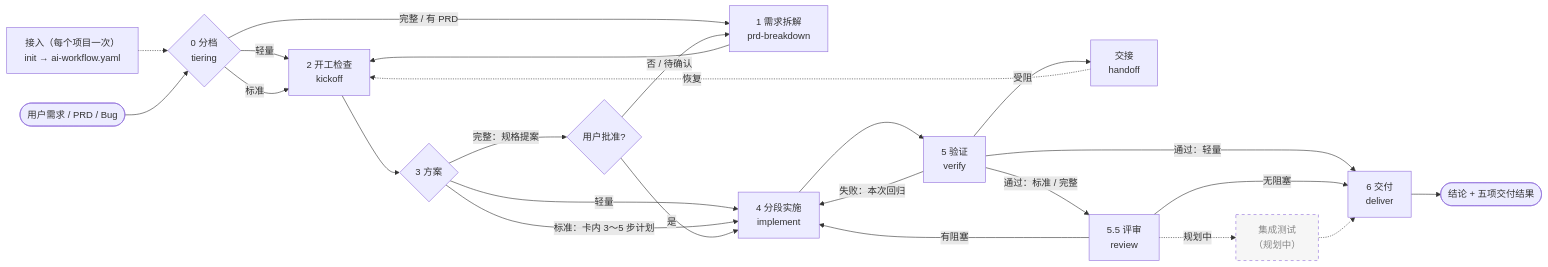
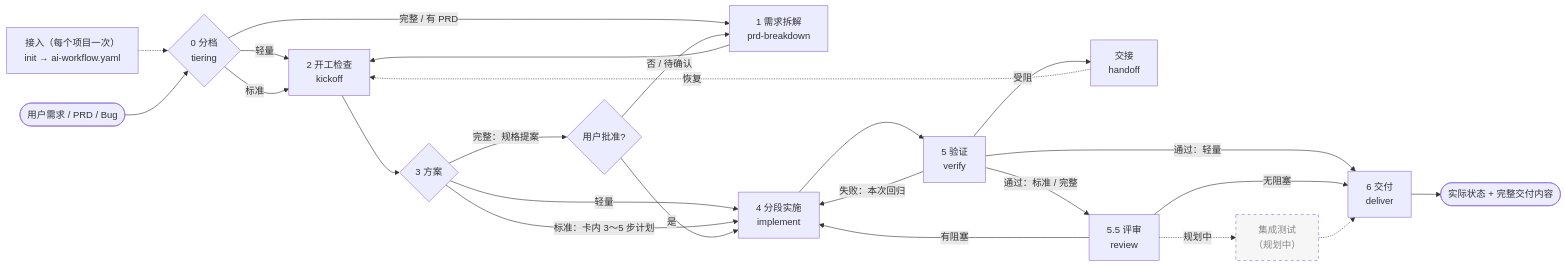
The second of 8 diagrams in README.md (lvzhiyi/randian-ai-workflow-native), drawn with Mermaid before and after one commit. The commit also changed other lines of this file and 53 other files, not shown here.

````diff
--- a/README.md
+++ b/README.md
@@ -73,29 +73,29 @@
 ```mermaid
 flowchart LR
     INIT["接入（每个项目一次）<br/>init → ai-workflow.yaml"] -.-> T
     IN([用户需求 / PRD / Bug]) --> T{"0 分档<br/>tiering"}
     T -->|轻量| K
     T -->|标准| K
     T -->|完整 / 有 PRD| R["1 需求拆解<br/>prd-breakdown"]
     R --> K["2 开工检查<br/>kickoff"]
     K --> PL{"3 方案"}
     PL -->|轻量| IM
     PL -->|标准：卡内 3～5 步计划| IM
     PL -->|完整：规格提案| AP{用户批准?}
     AP -->|是| IM["4 分段实施<br/>implement"]
     AP -->|否 / 待确认| R
     IM --> V["5 验证<br/>verify"]
     V -->|失败：本次回归| IM
     V -->|受阻| H["交接<br/>handoff"]
     V -->|通过：标准 / 完整| CR["5.5 评审<br/>review"]
     V -->|通过：轻量| DL["6 交付<br/>deliver"]
     CR -->|有阻塞| IM
     CR -->|无阻塞| DL
     CR -.规划中.-> IT["集成测试<br/>（规划中）"]
     IT -.-> DL
     H -.恢复.-> K
-    DL --> OUT([结论 + 五项交付结果])
+    DL --> OUT([实际状态 + 完整交付内容])
 
     classDef planned stroke-dasharray: 5 5,fill:#f6f6f6,color:#888;
     class IT planned;
 ```
````
